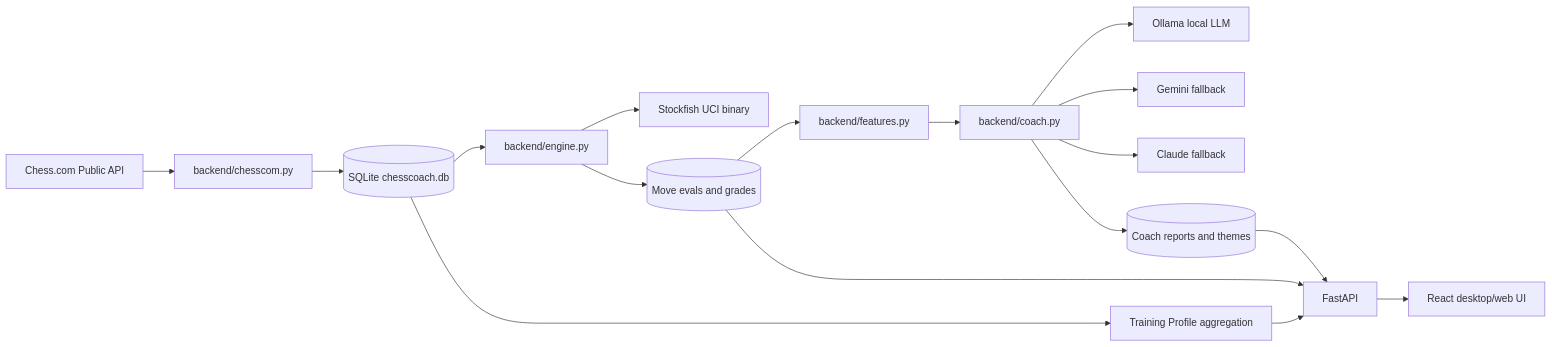
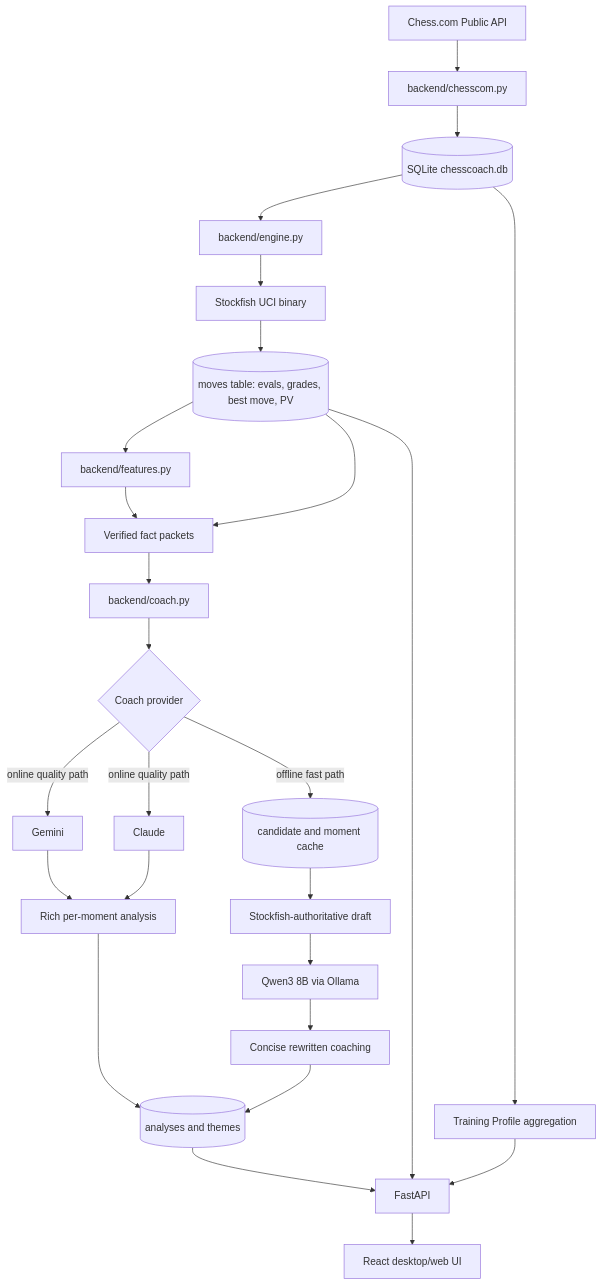
One commit to Kishan0703/chess_analyser changed the diagram in docs/architecture.md. Above: the diagram before and after it, drawn with Mermaid. The commit also changed other lines of this file and 3 other files, not shown here.

````diff
--- a/docs/architecture.md
+++ b/docs/architecture.md
@@ -5,19 +5,34 @@
 ```mermaid
-flowchart LR
+flowchart TD
     ChessCom[Chess.com Public API] --> Importer[backend/chesscom.py]
     Importer --> SQLite[(SQLite chesscoach.db)]
+
     SQLite --> Engine[backend/engine.py]
     Engine --> Stockfish[Stockfish UCI binary]
-    Engine --> Moves[(Move evals and grades)]
+    Stockfish --> Moves[(moves table: evals, grades, best move, PV)]
+
     Moves --> Features[backend/features.py]
-    Features --> Coach[backend/coach.py]
-    Coach --> Ollama[Ollama local LLM]
-    Coach --> Gemini[Gemini fallback]
-    Coach --> Claude[Claude fallback]
-    Coach --> Analyses[(Coach reports and themes)]
-    Moves --> API[FastAPI]
-    Analyses --> API
+    Features --> Facts[Verified fact packets]
+    Moves --> Facts
+
+    Facts --> Coach[backend/coach.py]
+    Coach --> Provider{Coach provider}
+
+    Provider -->|online quality path| Gemini[Gemini]
+    Provider -->|online quality path| Claude[Claude]
+    Gemini --> HostedReport[Rich per-moment analysis]
+    Claude --> HostedReport
+
+    Provider -->|offline fast path| LocalCache[(candidate and moment cache)]
+    LocalCache --> OfflineDraft[Stockfish-authoritative draft]
+    OfflineDraft --> Qwen[Qwen3 8B via Ollama]
+    Qwen --> LocalReport[Concise rewritten coaching]
+
+    HostedReport --> Analyses[(analyses and themes)]
+    LocalReport --> Analyses
+    Analyses --> API[FastAPI]
+    Moves --> API
     SQLite --> Profile[Training Profile aggregation]
     Profile --> API
     API --> React[React desktop/web UI]
 ```
````
